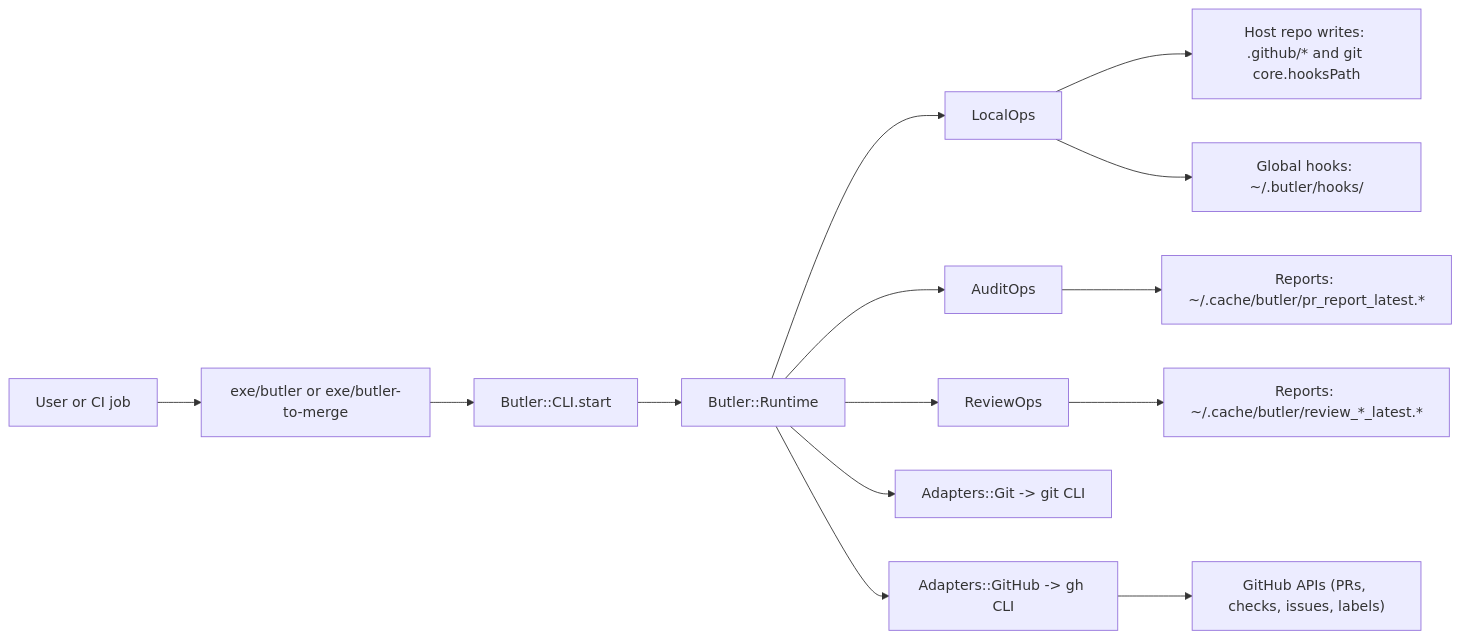
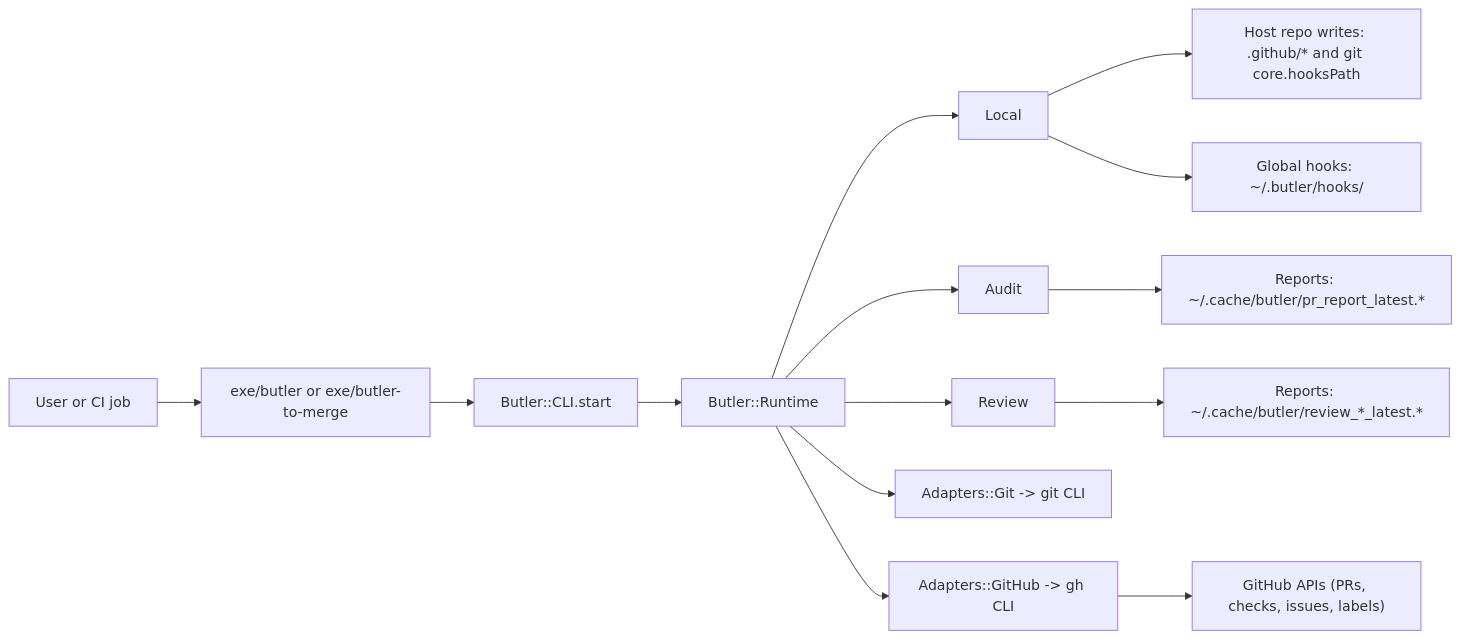
Before and after one commit to wanghailei/carson: the first of 3 diagrams in docs/butler_tech_guide.md, drawn with Mermaid. The commit also changed other lines of this file and 26 other files, not shown here.

````diff
--- a/docs/butler_tech_guide.md
+++ b/docs/butler_tech_guide.md
@@ -312,20 +319,20 @@
 ```mermaid
 flowchart LR
   U["User or CI job"] --> E["exe/butler or exe/butler-to-merge"]
   E --> C["Butler::CLI.start"]
   C --> R["Butler::Runtime"]
 
-  R --> LO["LocalOps"]
-  R --> AO["AuditOps"]
-  R --> RO["ReviewOps"]
+  R --> LO["Local"]
+  R --> AO["Audit"]
+  R --> RO["Review"]
 
   R --> G["Adapters::Git -> git CLI"]
   R --> H["Adapters::GitHub -> gh CLI"]
 
   LO --> HR["Host repo writes: .github/* and git core.hooksPath"]
   LO --> GH["Global hooks: ~/.butler/hooks/<version>"]
   AO --> RP["Reports: ~/.cache/butler/pr_report_latest.*"]
   RO --> RR["Reports: ~/.cache/butler/review_*_latest.*"]
 
   H --> API["GitHub APIs (PRs, checks, issues, labels)"]
 ```
````
